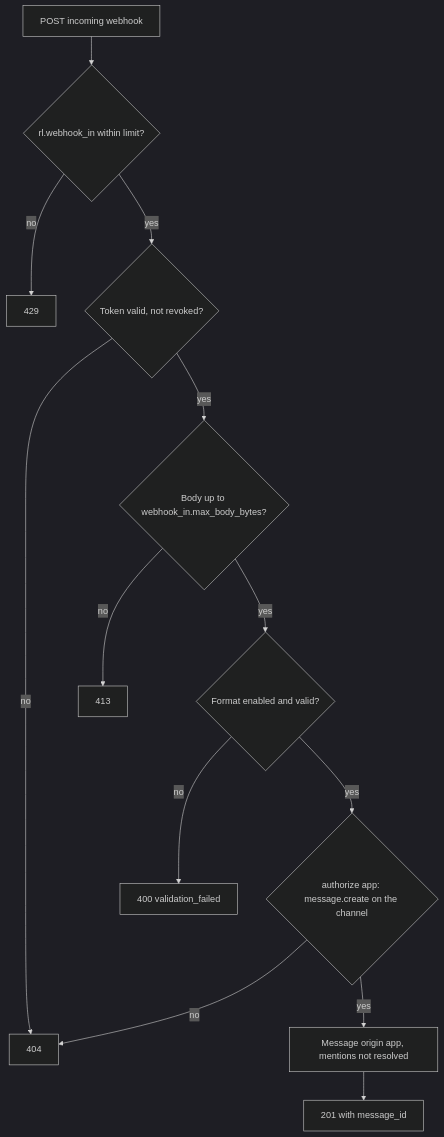
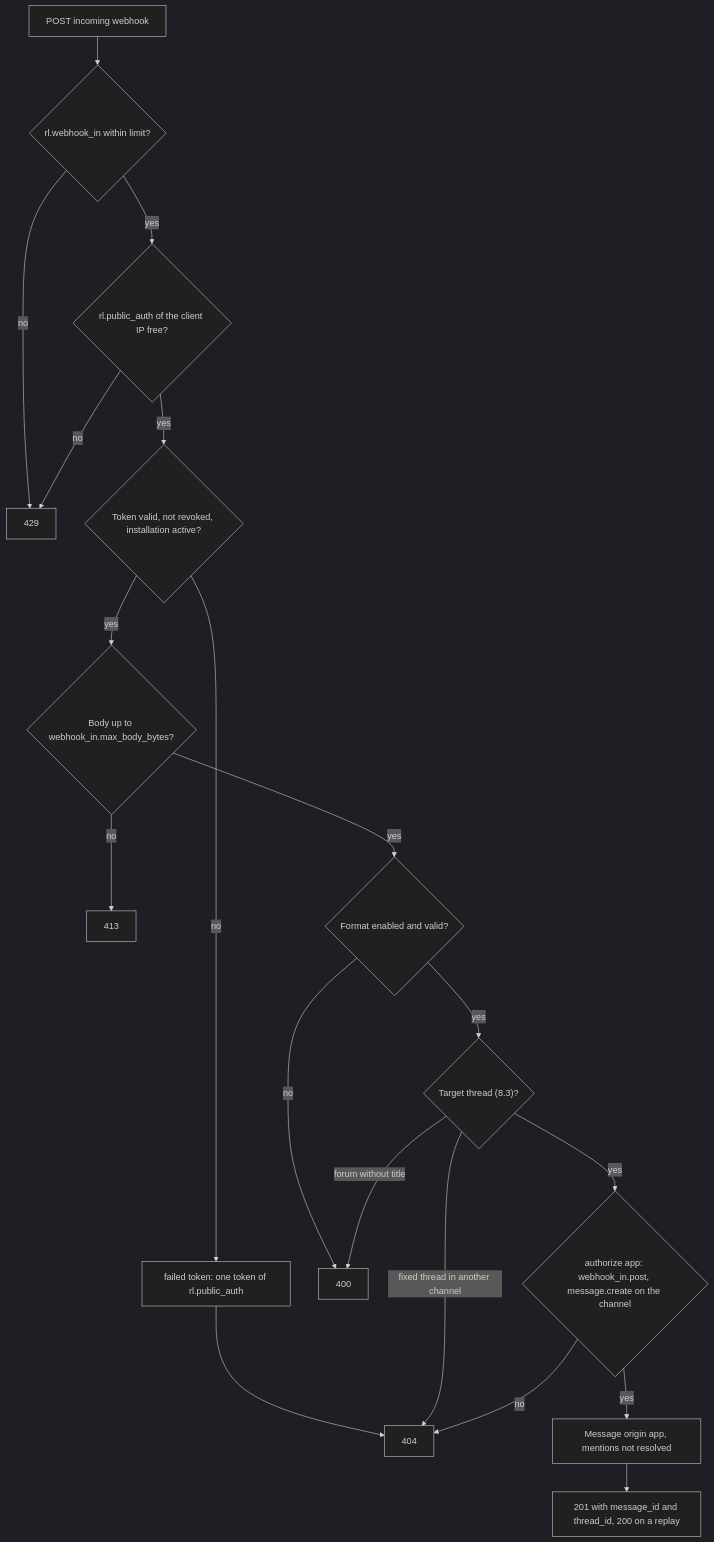
One commit to mguttmann/bothy changed the second of 2 diagrams in docs/spec/11-extensions.md. Above: the diagram before and after it, drawn with Mermaid (dark theme). The commit also changed other lines of this file and 172 other files, not shown here.

````diff
--- a/docs/spec/11-extensions.md
+++ b/docs/spec/11-extensions.md
@@ -309,15 +348,21 @@
 ```mermaid
 flowchart TD
     R["POST incoming webhook"] --> RL{"rl.webhook_in within limit?"}
     RL -- no --> E429["429"]
-    RL -- yes --> T{"Token valid, not revoked?"}
-    T -- no --> E404["404"]
+    RL -- yes --> PA{"rl.public_auth of the client IP free?"}
+    PA -- no --> E429
+    PA -- yes --> T{"Token valid, not revoked, installation active?"}
+    T -- no --> FT["failed token: one token of rl.public_auth"]
+    FT --> E404["404"]
     T -- yes --> SZ{"Body up to webhook_in.max_body_bytes?"}
     SZ -- no --> E413["413"]
     SZ -- yes --> F{"Format enabled and valid?"}
-    F -- no --> E400["400 validation_failed"]
-    F -- yes --> AZ{"authorize app: message.create on the channel"}
+    F -- no --> E400["400"]
+    F -- yes --> TG{"Target thread (8.3)?"}
+    TG -- "fixed thread in another channel" --> E404
+    TG -- "forum without title" --> E400
+    TG -- yes --> AZ{"authorize app: webhook_in.post, message.create on the channel"}
     AZ -- no --> E404
     AZ -- yes --> W["Message origin app, mentions not resolved"]
-    W --> OK["201 with message_id"]
+    W --> OK["201 with message_id and thread_id, 200 on a replay"]
 ```
````
